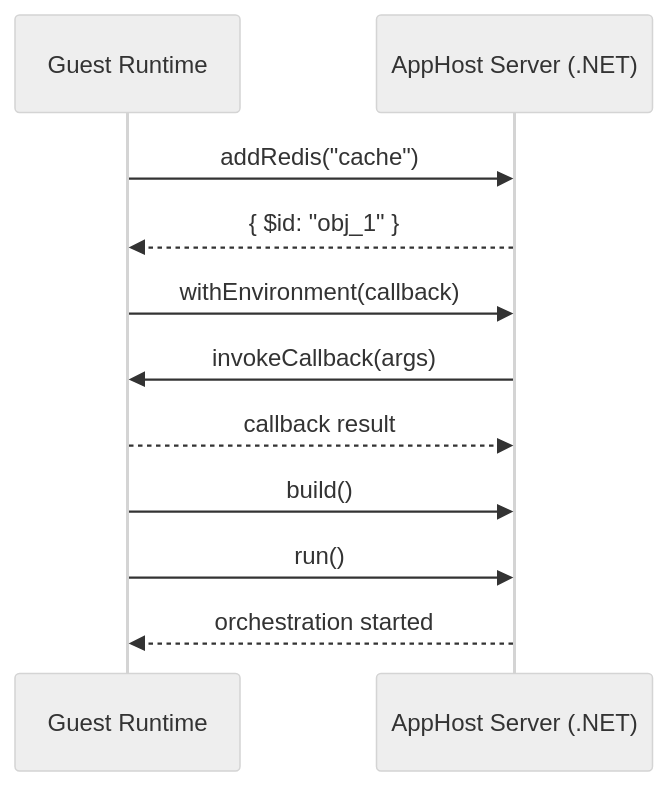
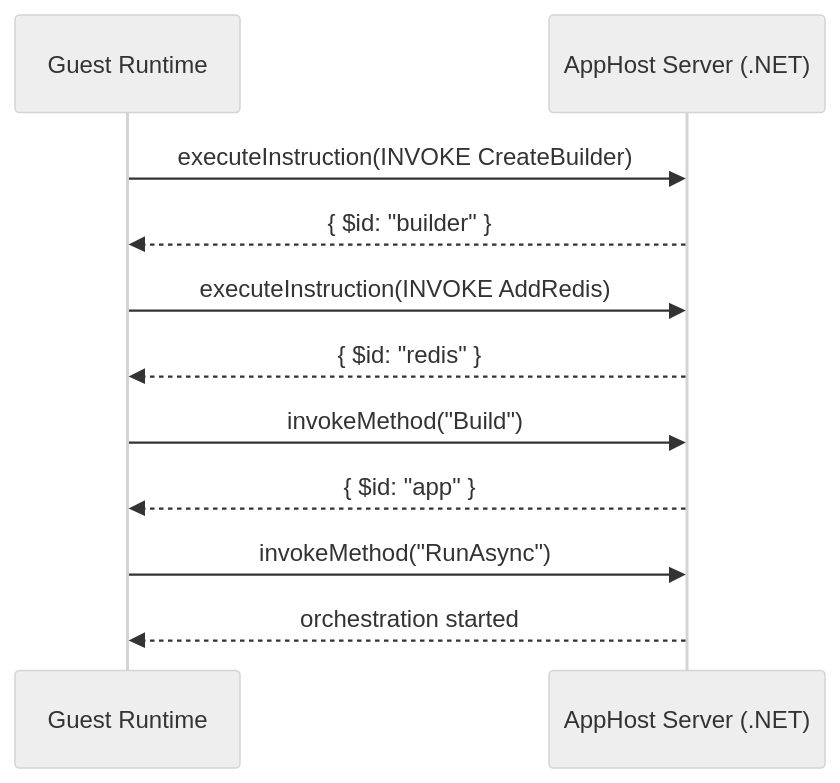
One commit to dotnet/aspire changed the second of 3 diagrams in docs/specs/polyglot-apphost.md. Above: the diagram before and after it, drawn with Mermaid (neutral theme). The commit also changed other lines of this file and 7 other files, not shown here.

````diff
--- a/docs/specs/polyglot-apphost.md
+++ b/docs/specs/polyglot-apphost.md
@@ -57,16 +57,17 @@
 ```mermaid
 sequenceDiagram
     participant G as Guest Runtime
     participant H as AppHost Server (.NET)
 
-    G->>H: addRedis("cache")
-    H-->>G: { $id: "obj_1" }
+    G->>H: executeInstruction(INVOKE CreateBuilder)
+    H-->>G: { $id: "builder" }
 
-    G->>H: withEnvironment(callback)
-    H->>G: invokeCallback(args)
-    G-->>H: callback result
+    G->>H: executeInstruction(INVOKE AddRedis)
+    H-->>G: { $id: "redis" }
 
-    G->>H: build()
-    G->>H: run()
+    G->>H: invokeMethod("Build")
+    H-->>G: { $id: "app" }
+
+    G->>H: invokeMethod("RunAsync")
     H-->>G: orchestration started
 ```
````
